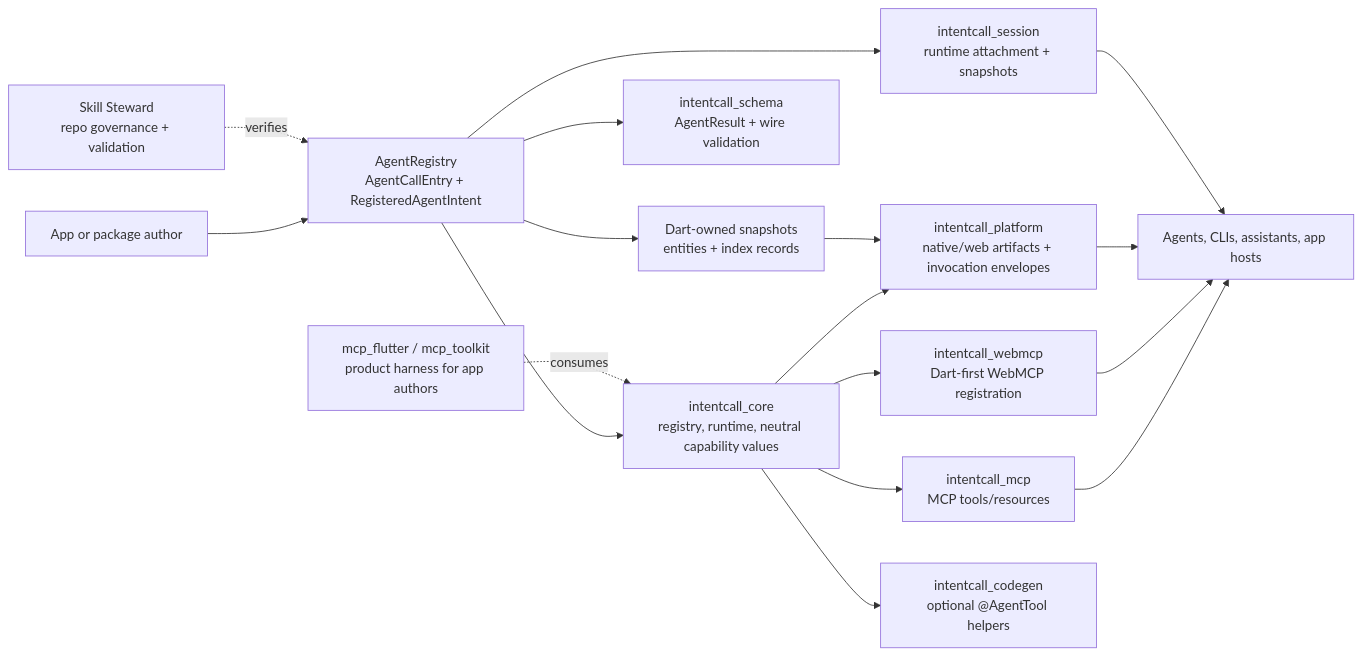
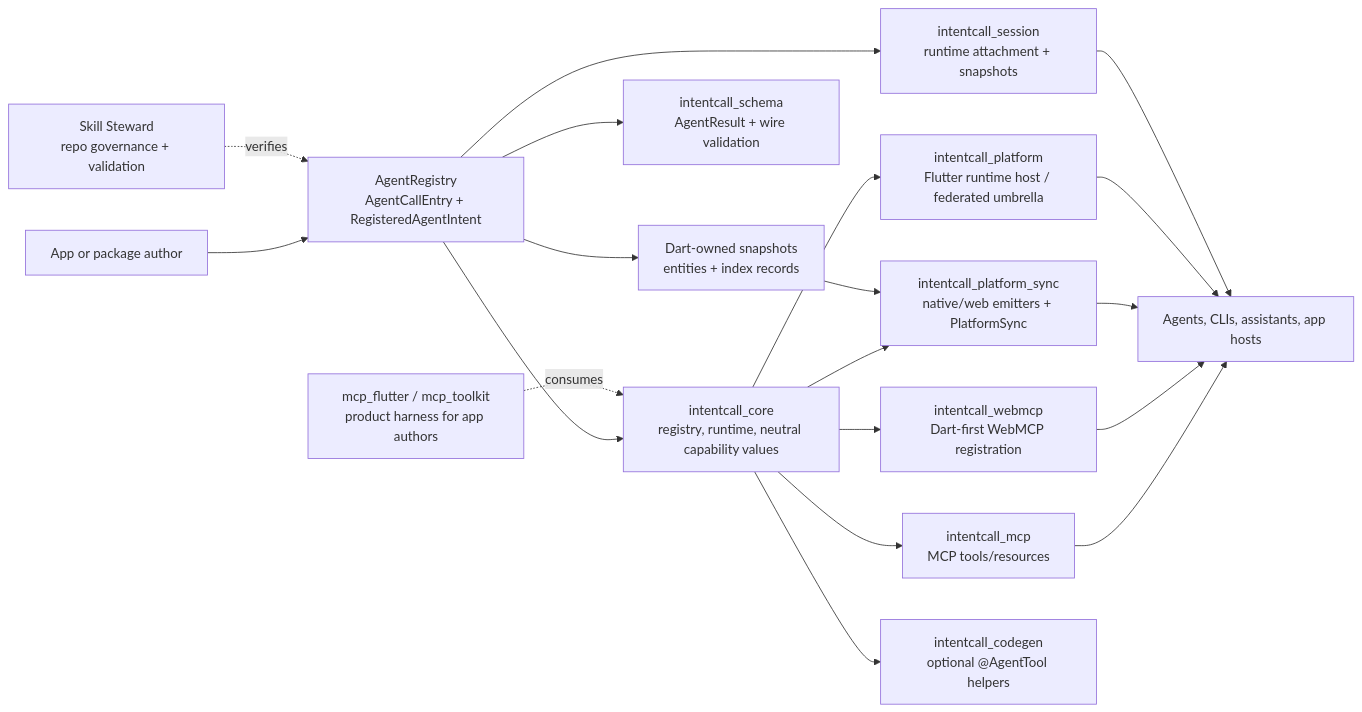
One commit to Arenukvern/intentcall changed the first of 2 diagrams in docs/start_here/how_it_works.mdx. Above: the diagram before and after it, drawn with Mermaid. The commit also changed 64 other files, not shown here.

Commit message:
refactor: deprecate intentcall_apple and intentcall_android packages, introduce intentcall_platform_apple and intentcall_platform_android, and update related documentation and configurations

````diff
--- a/docs/start_here/how_it_works.mdx
+++ b/docs/start_here/how_it_works.mdx
@@ -7,19 +7,21 @@
 ```mermaid
 flowchart LR
   author["App or package author"] --> registry["AgentRegistry\nAgentCallEntry + RegisteredAgentIntent"]
   registry --> core["intentcall_core\nregistry, runtime, neutral capability values"]
   registry --> schema["intentcall_schema\nAgentResult + wire validation"]
   registry --> session["intentcall_session\nruntime attachment + snapshots"]
   registry --> entitySnapshot["Dart-owned snapshots\nentities + index records"]
   core --> mcp["intentcall_mcp\nMCP tools/resources"]
   core --> webmcp["intentcall_webmcp\nDart-first WebMCP registration"]
-  core --> platform["intentcall_platform\nnative/web artifacts + invocation envelopes"]
+  core --> platformSync["intentcall_platform_sync\nnative/web emitters + PlatformSync"]
+  core --> platform["intentcall_platform\nFlutter runtime host / federated umbrella"]
   core --> codegen["intentcall_codegen\noptional @AgentTool helpers"]
-  entitySnapshot --> platform
+  entitySnapshot --> platformSync
   mcp --> callers["Agents, CLIs, assistants, app hosts"]
   webmcp --> callers
+  platformSync --> callers
   platform --> callers
   session --> callers
   toolkit["mcp_flutter / mcp_toolkit\nproduct harness for app authors"] -. consumes .-> core
   steward["Skill Steward\nrepo governance + validation"] -. verifies .-> registry
 ```
````
